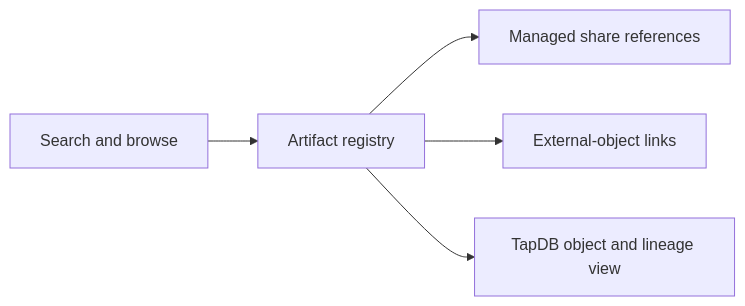
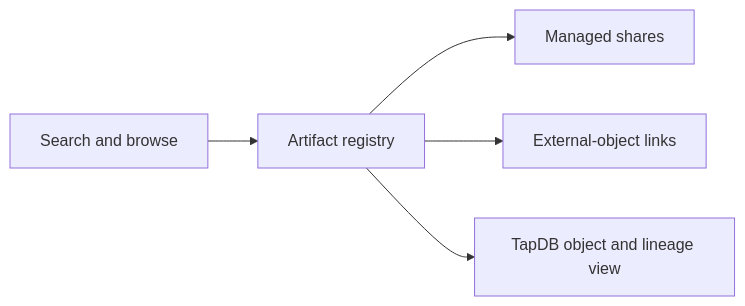
Before and after one commit to Daylily-Informatics/dewey: the diagram in README.md, drawn with Mermaid. The commit also changed other lines of this file and 33 other files, not shown here.

Commit message:
Replace share references with managed shares

````diff
--- a/README.md
+++ b/README.md
@@ -21,7 +21,7 @@
 ```mermaid
 flowchart LR
     Search["Search and browse"] --> Artifact["Artifact registry"]
-    Artifact --> Share["Managed share references"]
+    Artifact --> Share["Managed shares"]
     Artifact --> External["External-object links"]
     Artifact --> TapDB["TapDB object and lineage view"]
 ```
````
